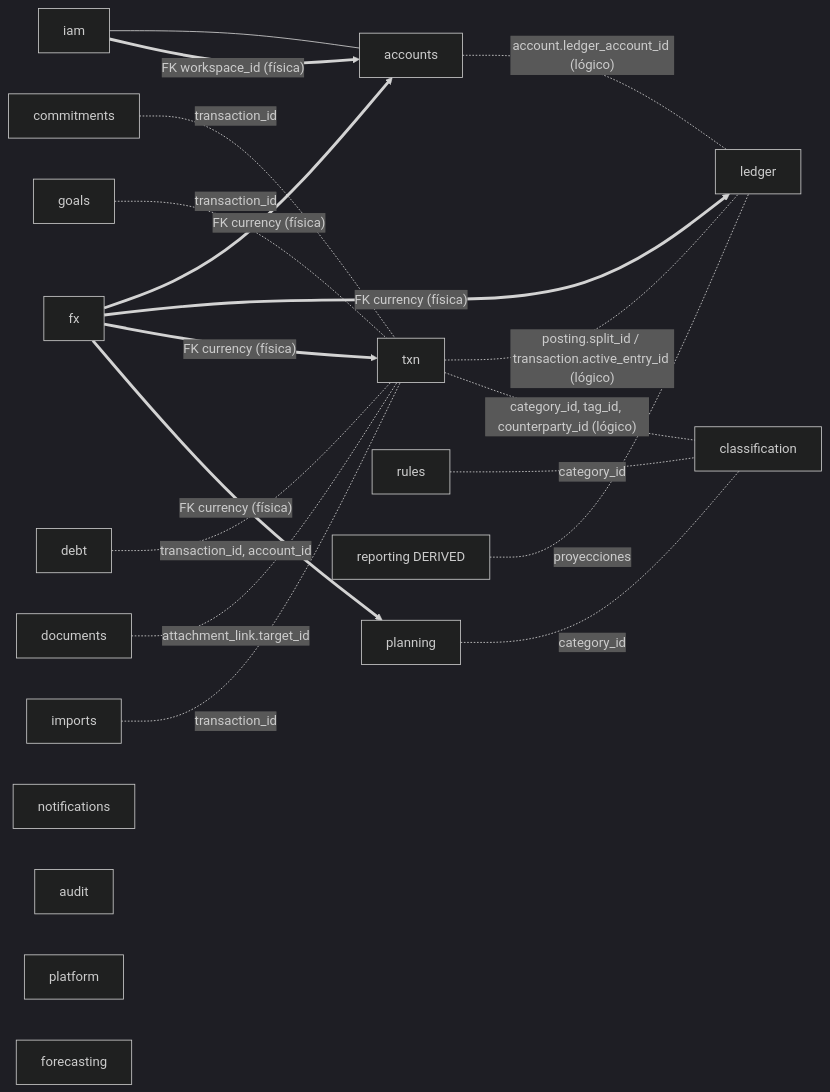
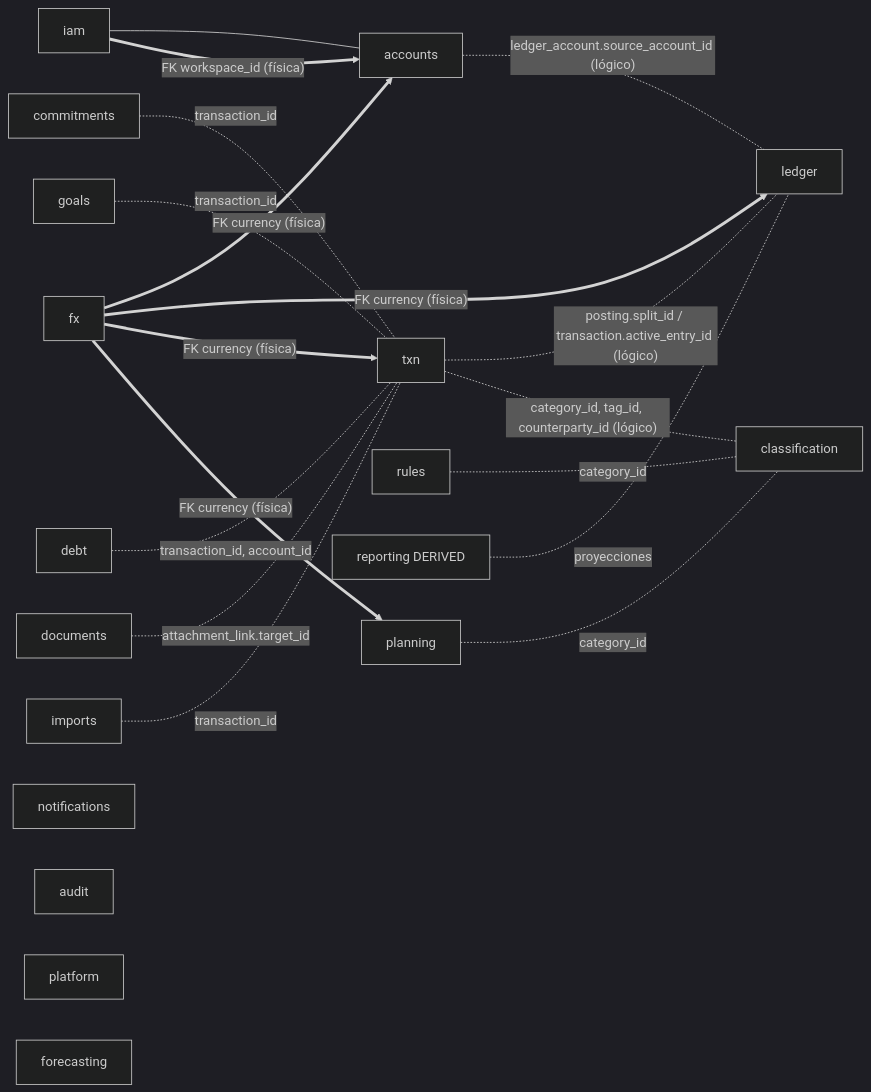
The first of 21 diagrams in docs/08-data-model.md (manuXD270516/personal-finances), drawn with Mermaid (dark theme) before and after one commit. The commit also changed other lines of this file and 34 other files, not shown here.

````diff
--- a/docs/08-data-model.md
+++ b/docs/08-data-model.md
@@ -80,21 +80,21 @@
 ```mermaid
 flowchart LR
   iam[iam] --- accounts[accounts]
-  accounts -. "account.ledger_account_id (lógico)" .- ledger[ledger]
+  accounts -. "ledger_account.source_account_id (lógico)" .- ledger[ledger]
   txn[txn] -. "posting.split_id / transaction.active_entry_id (lógico)" .- ledger
   txn -. "category_id, tag_id, counterparty_id (lógico)" .- classification[classification]
   planning[planning] -. category_id .- classification
   commitments[commitments] -. transaction_id .- txn
   goals[goals] -. transaction_id .- txn
   debt[debt] -. "transaction_id, account_id" .- txn
   fx[fx] == "FK currency (física)" ==> accounts & ledger & txn & planning
   documents[documents] -. "attachment_link.target_id" .- txn
   imports[imports] -. transaction_id .- txn
   rules[rules] -. category_id .- classification
   reporting[reporting DERIVED] -. proyecciones .- ledger
   notifications[notifications]
   audit[audit]
   platform[platform]
   forecasting[forecasting]
   iam == "FK workspace_id (física)" ==> accounts
 ```
````
